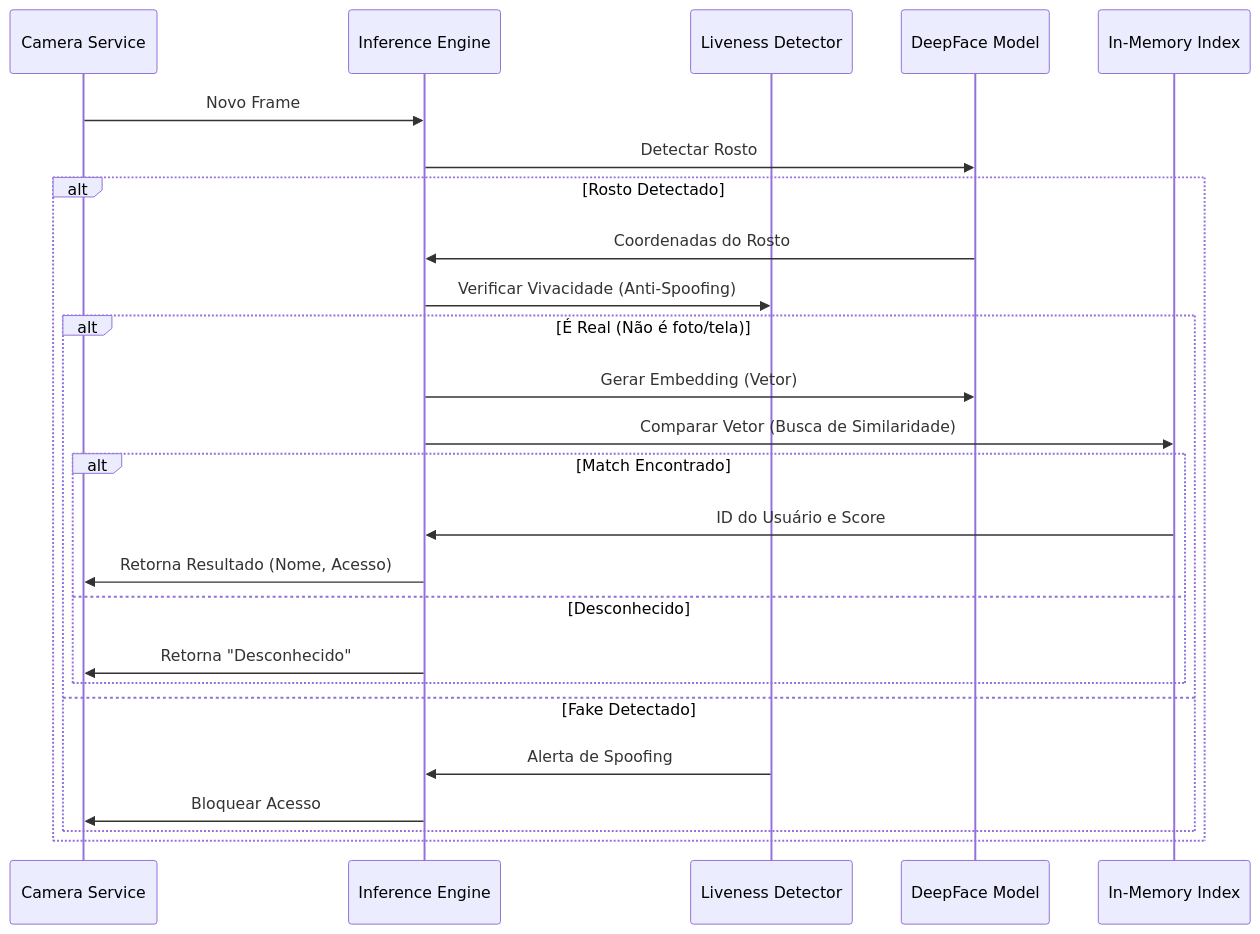
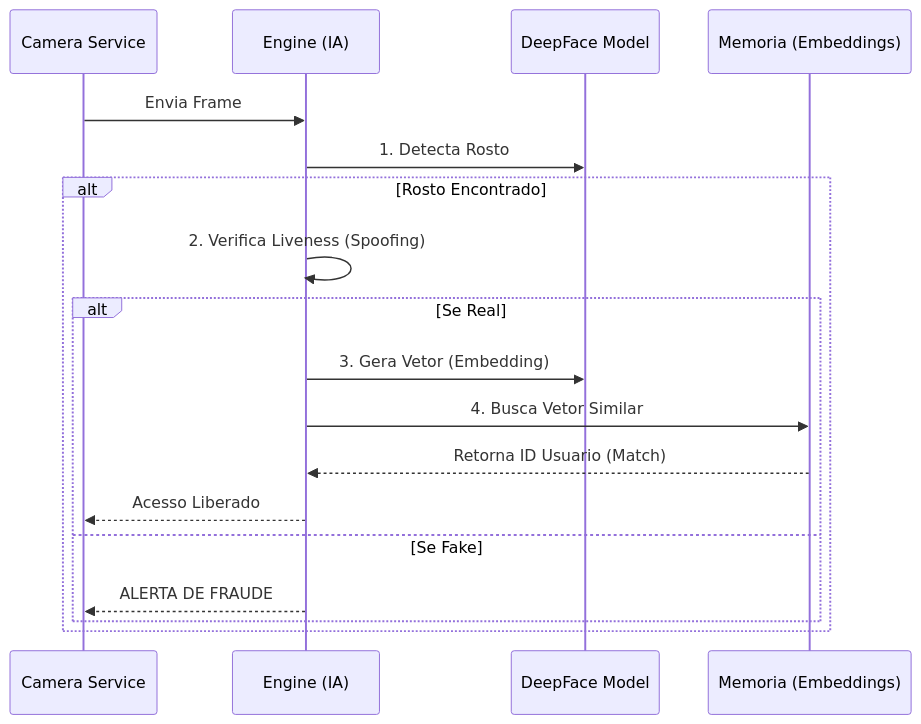
One commit to neo-empresarial/C151 changed the second of 3 diagrams in README.md. Above: the diagram before and after it, drawn with Mermaid. The commit also changed other lines of this file, not shown here.

````diff
--- a/README.md
+++ b/README.md
@@ -31,28 +31,21 @@
 ```mermaid
 sequenceDiagram
     participant Cam as Camera Service
-    participant Engine as Inference Engine
-    participant Liveness as Liveness Detector
+    participant Engine as Engine (IA)
     participant DeepFace as DeepFace Model
-    participant RAM as In-Memory Index
+    participant RAM as Memoria (Embeddings)
 
-    Cam->>Engine: Novo Frame
-    Engine->>DeepFace: Detectar Rosto
-    alt Rosto Detectado
-        DeepFace->>Engine: Coordenadas do Rosto
-        Engine->>Liveness: Verificar Vivacidade (Anti-Spoofing)
-        alt É Real (Não é foto/tela)
-            Engine->>DeepFace: Gerar Embedding (Vetor)
-            Engine->>RAM: Comparar Vetor (Busca de Similaridade)
-            alt Match Encontrado
-                RAM->>Engine: ID do Usuário e Score
-                Engine->>Cam: Retorna Resultado (Nome, Acesso)
-            else Desconhecido
-                Engine->>Cam: Retorna "Desconhecido"
-            end
-        else Fake Detectado
-            Liveness->>Engine: Alerta de Spoofing
-            Engine->>Cam: Bloquear Acesso
+    Cam->>Engine: Envia Frame
+    Engine->>DeepFace: 1. Detecta Rosto
+    alt Rosto Encontrado
+        Engine->>Engine: 2. Verifica Liveness (Spoofing)
+        alt Se Real
+            Engine->>DeepFace: 3. Gera Vetor (Embedding)
+            Engine->>RAM: 4. Busca Vetor Similar
+            RAM-->>Engine: Retorna ID Usuario (Match)
+            Engine-->>Cam: Acesso Liberado
+        else Se Fake
+            Engine-->>Cam: ALERTA DE FRAUDE
         end
     end
 ```
````
